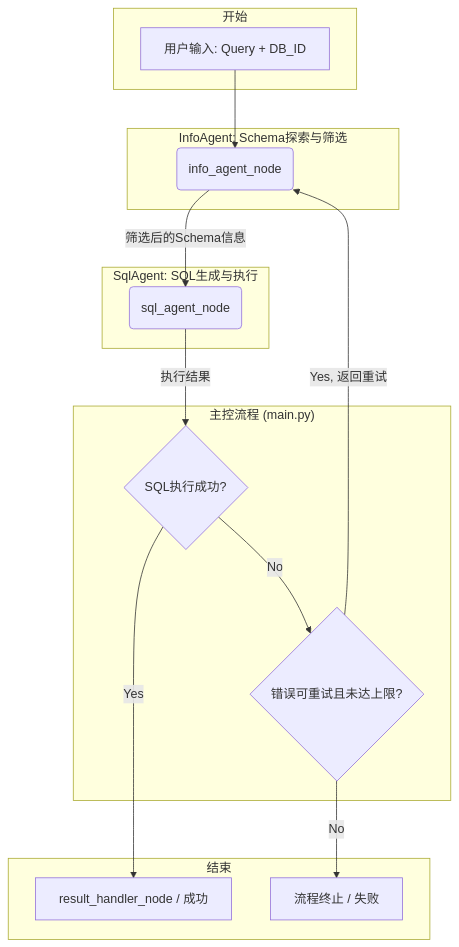
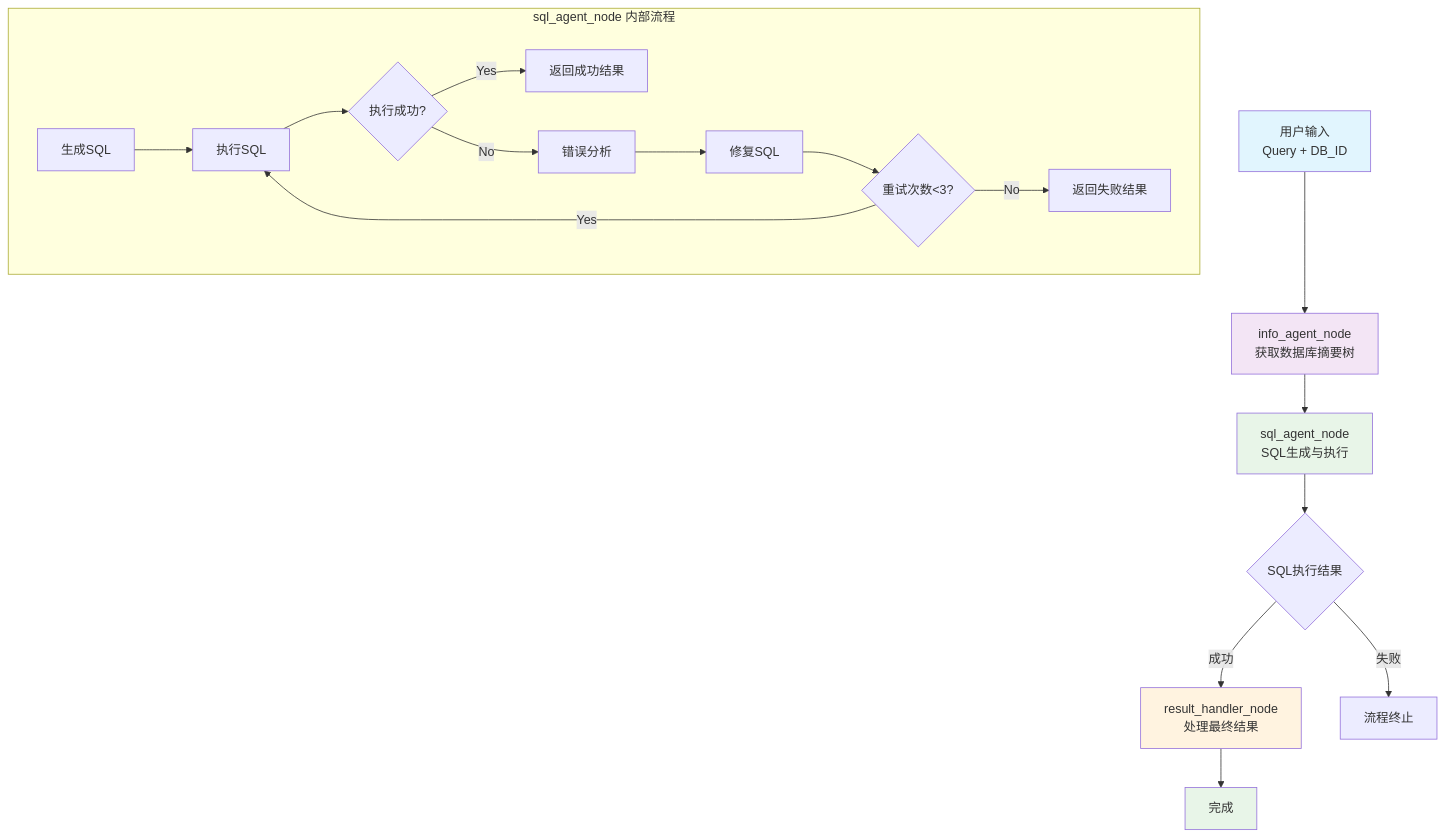
The diagram in method/README.md (jwj1342/Jumping-Across-Joins), drawn with Mermaid before and after one commit. The commit also changed other lines of this file and 6 other files, not shown here.

````diff
--- a/method/README.md
+++ b/method/README.md
@@ -40,32 +43,27 @@
 ```mermaid
 graph TD
-    subgraph "开始"
-        A[用户输入: Query + DB_ID]
+    A["用户输入<br/>Query + DB_ID"] --> B["info_agent_node<br/>获取数据库摘要树"]
+    B --> C["sql_agent_node<br/>SQL生成与执行"]
+
+    subgraph "sql_agent_node 内部流程"
+        D["生成SQL"] --> E["执行SQL"]
+        E --> F{执行成功?}
+        F -->|Yes| G["返回成功结果"]
+        F -->|No| H["错误分析"]
+        H --> I["修复SQL"]
+        I --> J{重试次数<3?}
+        J -->|Yes| E
+        J -->|No| K["返回失败结果"]
     end
 
-    subgraph "InfoAgent: Schema探索与筛选"
-        B(info_agent_node)
-    end
+    C --> L{SQL执行结果}
+    L -->|成功| M["result_handler_node<br/>处理最终结果"]
+    L -->|失败| N["流程终止"]
+    M --> O["完成"]
 
-    subgraph "SqlAgent: SQL生成与执行"
-        C(sql_agent_node)
-    end
-
-    subgraph "主控流程 (main.py)"
-        D{SQL执行成功?}
-        E{错误可重试且未达上限?}
-    end
-
-    subgraph "结束"
-        F[result_handler_node / 成功]
-        G[流程终止 / 失败]
-    end
-
-    A --> B
-    B -- 筛选后的Schema信息 --> C
-    C -- 执行结果 --> D
-    D -- Yes --> F
-    D -- No --> E
-    E -- Yes, 返回重试 --> B
-    E -- No --> G
+    style A fill:#e1f5fe
+    style B fill:#f3e5f5
+    style C fill:#e8f5e8
+    style M fill:#fff3e0
+    style O fill:#e8f5e8
 ```
````
